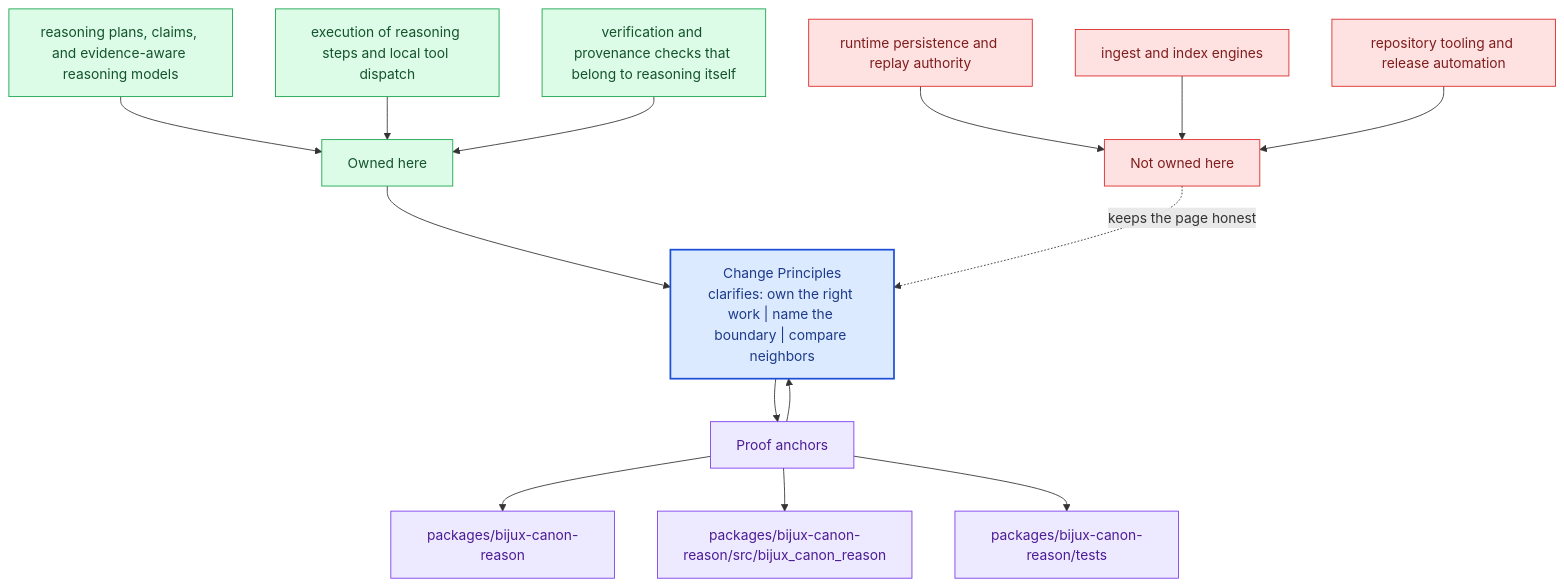
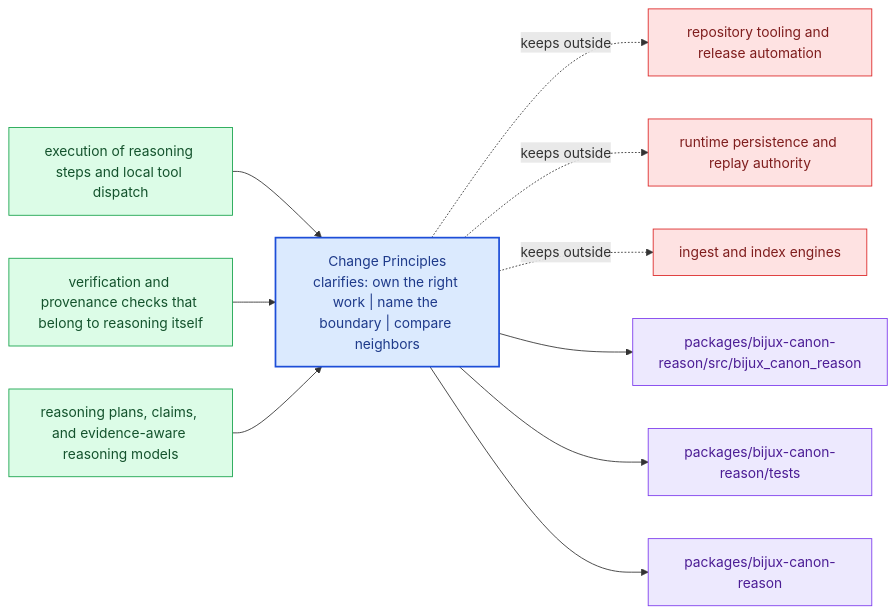
The diagram in docs/bijux-canon-reason/foundation/change-principles.md (bijux/bijux-canon), drawn with Mermaid before and after one commit. The commit also changed other lines of this file and 281 other files, not shown here.

Commit message:
docs(diagrams): replace repeated mermaid scaffolds with page-specific summaries

````diff
--- a/docs/bijux-canon-reason/foundation/change-principles.md
+++ b/docs/bijux-canon-reason/foundation/change-principles.md
@@ -69,40 +24,31 @@
 ```mermaid
-flowchart TB
-    promise["Change Principles<br/>clarifies: own the right work | name the boundary | compare neighbors"]
-    classDef promise fill:#dbeafe,stroke:#1d4ed8,color:#1e3a8a,stroke-width:2px;
-    classDef driver fill:#dcfce7,stroke:#16a34a,color:#14532d;
-    classDef constraint fill:#fee2e2,stroke:#dc2626,color:#7f1d1d;
-    classDef ground fill:#ede9fe,stroke:#7c3aed,color:#4c1d95;
-    focus1["Owned here"]
-    focus1 --> promise
-    focus1_1["reasoning plans, claims, and evidence-aware reasoning models"]
-    focus1_1 --> focus1
-    focus1_2["execution of reasoning steps and local tool dispatch"]
-    focus1_2 --> focus1
-    focus1_3["verification and provenance checks that belong to reasoning itself"]
-    focus1_3 --> focus1
-    class focus1 driver;
-    class focus1_1,focus1_2,focus1_3 driver;
-    focus2["Not owned here"]
-    focus2 -.keeps the page honest.-> promise
-    focus2_1["runtime persistence and replay authority"]
-    focus2_1 --> focus2
-    focus2_2["ingest and index engines"]
-    focus2_2 --> focus2
-    focus2_3["repository tooling and release automation"]
-    focus2_3 --> focus2
-    class focus2 constraint;
-    class focus2_1,focus2_2,focus2_3 constraint;
-    focus3["Proof anchors"]
-    focus3 --> promise
-    promise --> focus3
-    focus3_1["packages/bijux-canon-reason"]
-    focus3 --> focus3_1
-    focus3_2["packages/bijux-canon-reason/src/bijux_canon_reason"]
-    focus3 --> focus3_2
-    focus3_3["packages/bijux-canon-reason/tests"]
-    focus3 --> focus3_3
-    class focus3 ground;
-    class focus3_1,focus3_2,focus3_3 ground;
-    class promise promise;
+flowchart LR
+    page["Change Principles<br/>clarifies: own the right work | name the boundary | compare neighbors"]
+    classDef page fill:#dbeafe,stroke:#1d4ed8,color:#1e3a8a,stroke-width:2px;
+    classDef positive fill:#dcfce7,stroke:#16a34a,color:#14532d;
+    classDef caution fill:#fee2e2,stroke:#dc2626,color:#7f1d1d;
+    classDef anchor fill:#ede9fe,stroke:#7c3aed,color:#4c1d95;
+    classDef action fill:#fef3c7,stroke:#d97706,color:#7c2d12;
+    own1["execution of reasoning steps and local tool dispatch"]
+    own1 --> page
+    own2["verification and provenance checks that belong to reasoning itself"]
+    own2 --> page
+    own3["reasoning plans, claims, and evidence-aware reasoning models"]
+    own3 --> page
+    limit1["repository tooling and release automation"]
+    page -.keeps outside.-> limit1
+    limit2["runtime persistence and replay authority"]
+    page -.keeps outside.-> limit2
+    limit3["ingest and index engines"]
+    page -.keeps outside.-> limit3
+    anchor1["packages/bijux-canon-reason/src/bijux_canon_reason"]
+    page --> anchor1
+    anchor2["packages/bijux-canon-reason/tests"]
+    page --> anchor2
+    anchor3["packages/bijux-canon-reason"]
+    page --> anchor3
+    class page page;
+    class own1,own2,own3 positive;
+    class limit1,limit2,limit3 caution;
+    class anchor1,anchor2,anchor3 anchor;
 ```
````
